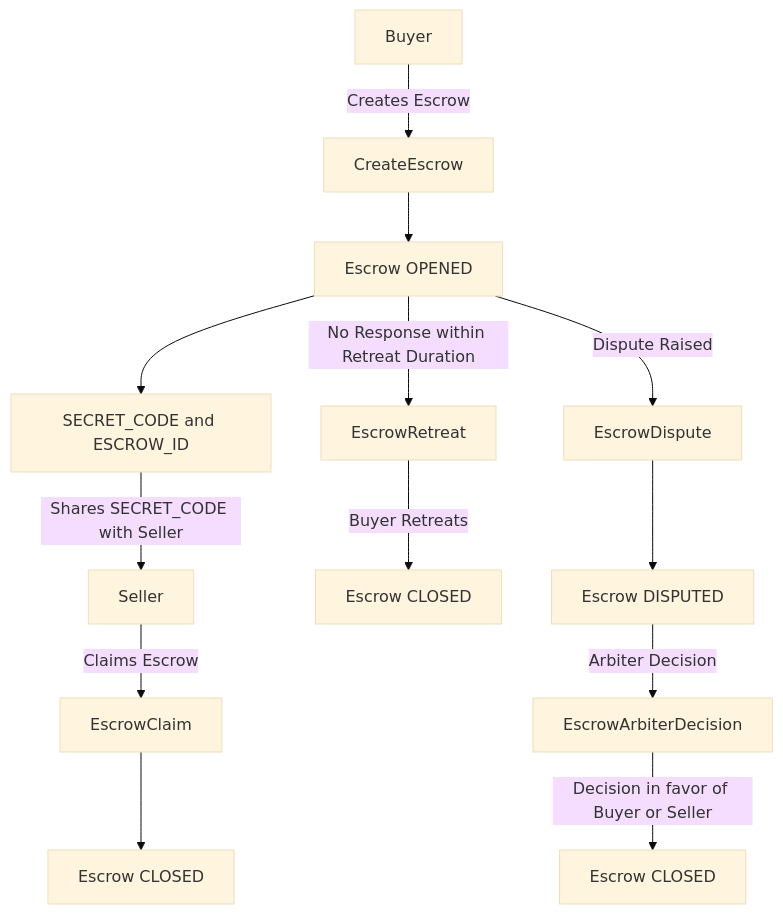
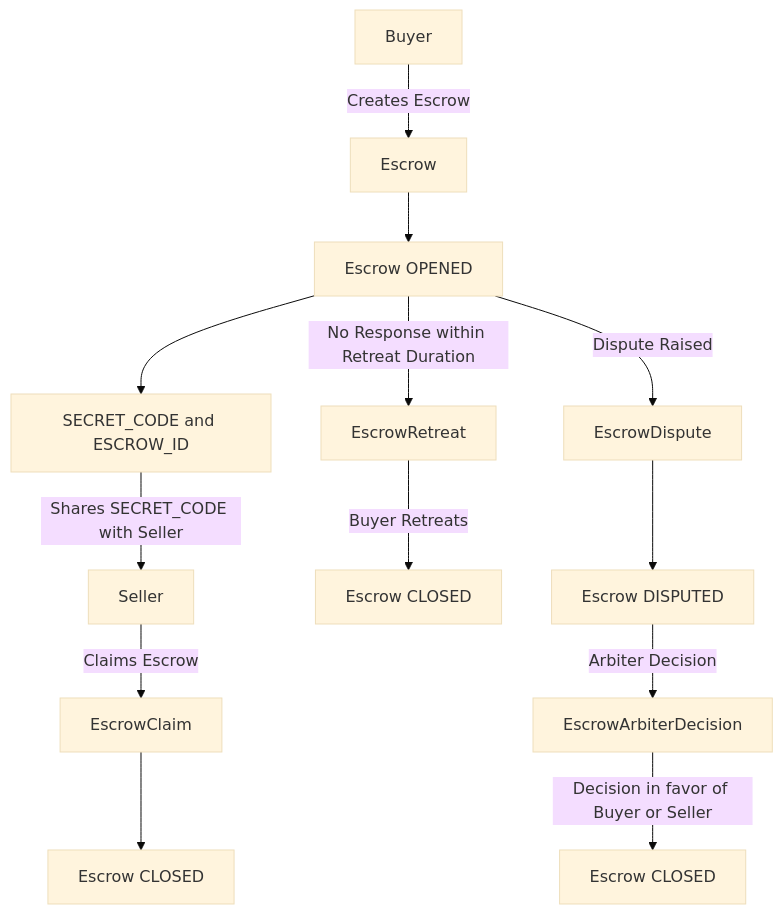
The diagram in README.md (harsh-ps-2003/escrow), drawn with Mermaid (base theme) before and after one commit. The commit also changed other lines of this file and 7 other files, not shown here.

````diff
--- a/README.md
+++ b/README.md
@@ -59,15 +59,15 @@
 ```mermaid
 graph TD
-    A[Buyer] -->|Creates Escrow| B[CreateEscrow]
+    A[Buyer] -->|Creates Escrow| B[Escrow]
     B --> C[Escrow OPENED]
     C --> D[SECRET_CODE and ESCROW_ID]
     D -->|Shares SECRET_CODE with Seller| E[Seller]
     E -->|Claims Escrow| F[EscrowClaim]
     F --> G[Escrow CLOSED]
     C -->|No Response within Retreat Duration| H[EscrowRetreat]
     H -->|Buyer Retreats| I[Escrow CLOSED]
     C -->|Dispute Raised| J[EscrowDispute]
     J --> K[Escrow DISPUTED]
     K -->|Arbiter Decision| L[EscrowArbiterDecision]
     L -->|Decision in favor of Buyer or Seller| M[Escrow CLOSED]
 ```
````
